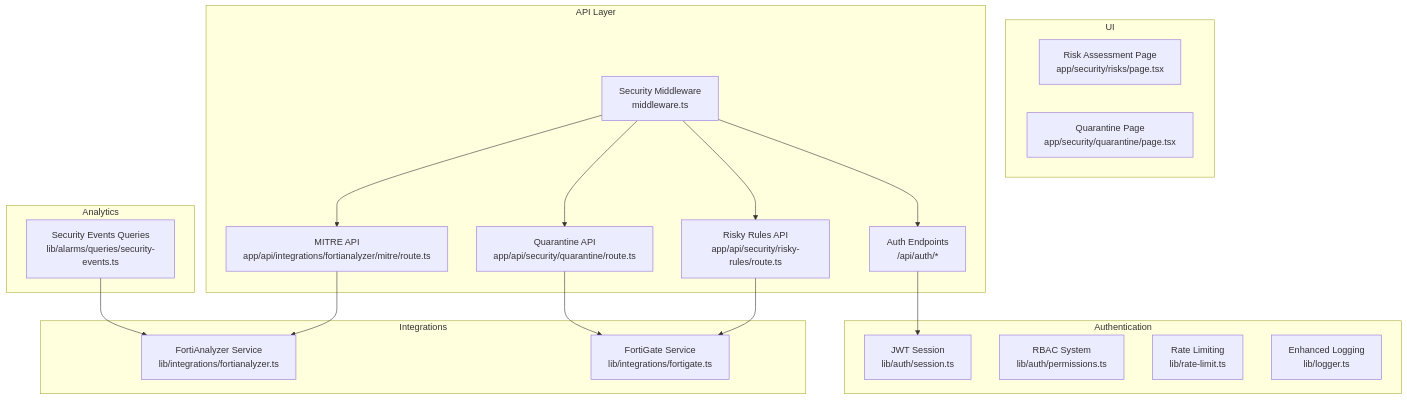
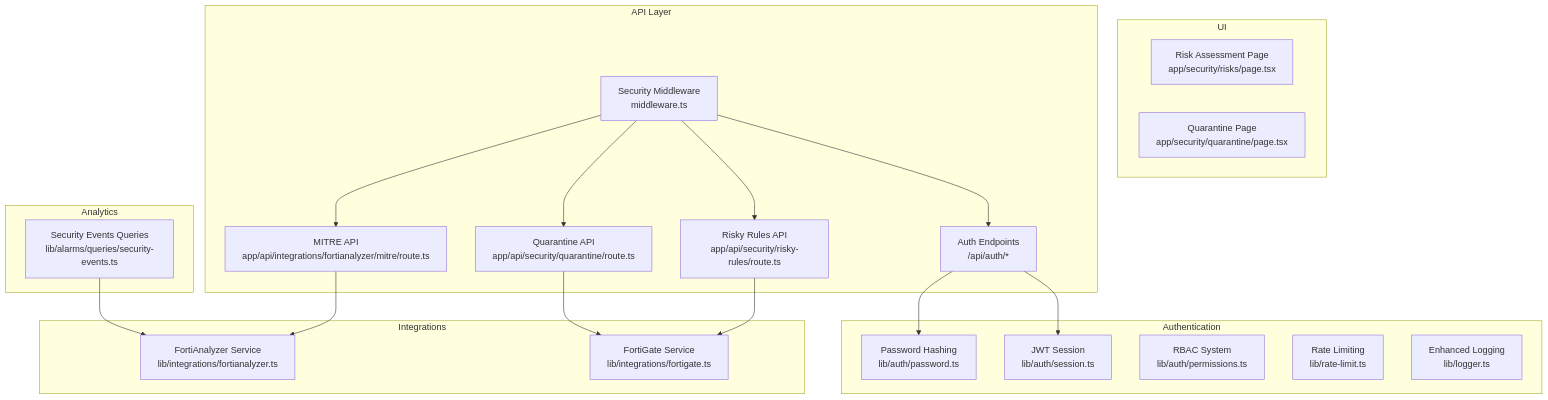
The first of 11 diagrams in .qoder/repowiki/en/content/Security Management/Security Management.md (celebigilfatih/infrascope), drawn with Mermaid before and after one commit. The commit also changed other lines of this file and 13 other files, not shown here.

````diff
--- a/.qoder/repowiki/en/content/Security Management/Security Management.md
+++ b/.qoder/repowiki/en/content/Security Management/Security Management.md
@@ -58,36 +58,38 @@
 ```mermaid
 graph TB
 subgraph "UI"
 RUI["Risk Assessment Page<br/>app/security/risks/page.tsx"]
 QUI["Quarantine Page<br/>app/security/quarantine/page.tsx"]
 end
 subgraph "API Layer"
 MID["Security Middleware<br/>middleware.ts"]
 AUTH["Auth Endpoints<br/>/api/auth/*"]
 RR["Risky Rules API<br/>app/api/security/risky-rules/route.ts"]
 QZ["Quarantine API<br/>app/api/security/quarantine/route.ts"]
 MITRE["MITRE API<br/>app/api/integrations/fortianalyzer/mitre/route.ts"]
 end
 subgraph "Authentication"
 SESSION["JWT Session<br/>lib/auth/session.ts"]
+PASSWORD["Password Hashing<br/>lib/auth/password.ts"]
 PERM["RBAC System<br/>lib/auth/permissions.ts"]
 RL["Rate Limiting<br/>lib/rate-limit.ts"]
 LOG["Enhanced Logging<br/>lib/logger.ts"]
 end
 subgraph "Integrations"
 FG["FortiGate Service<br/>lib/integrations/fortigate.ts"]
 FA["FortiAnalyzer Service<br/>lib/integrations/fortianalyzer.ts"]
 end
 subgraph "Analytics"
 SE["Security Events Queries<br/>lib/alarms/queries/security-events.ts"]
 end
 MID --> AUTH
 MID --> RR
 MID --> QZ
 MID --> MITRE
 AUTH --> SESSION
+AUTH --> PASSWORD
 RR --> FG
 QZ --> FG
 MITRE --> FA
 SE --> FA
 ```
````
